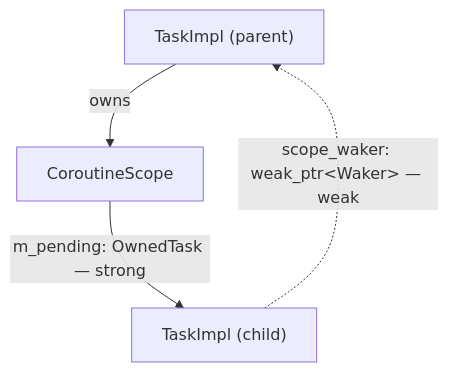
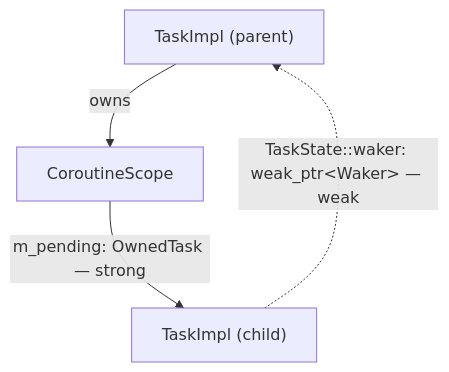
The second of 4 diagrams in doc/task_ownership.md (bts164/coro), drawn with Mermaid before and after one commit. The commit also changed other lines of this file and 20 other files, not shown here.

````diff
--- a/doc/task_ownership.md
+++ b/doc/task_ownership.md
@@ -54,6 +54,6 @@
 ```mermaid
 graph TD
     Parent["TaskImpl (parent)"] -->|"owns"| Scope["CoroutineScope"]
     Scope -->|"m_pending: OwnedTask — strong"| Child["TaskImpl (child)"]
-    Child -. "scope_waker: weak_ptr&lt;Waker&gt; — weak" .-> Parent
+    Child -. "TaskState::waker: weak_ptr&lt;Waker&gt; — weak" .-> Parent
 ```
````
